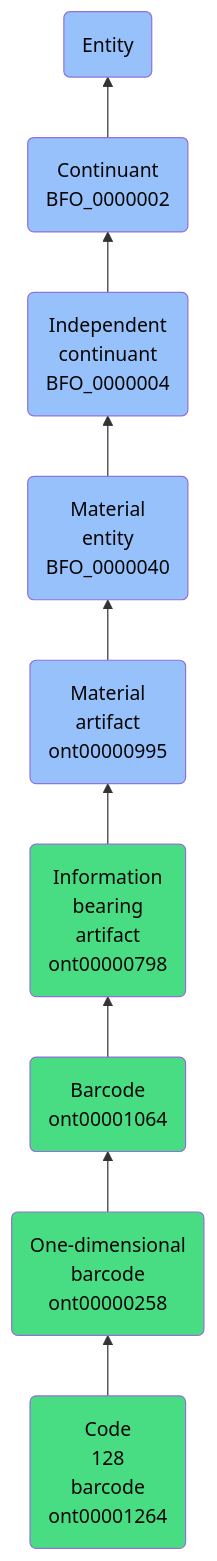
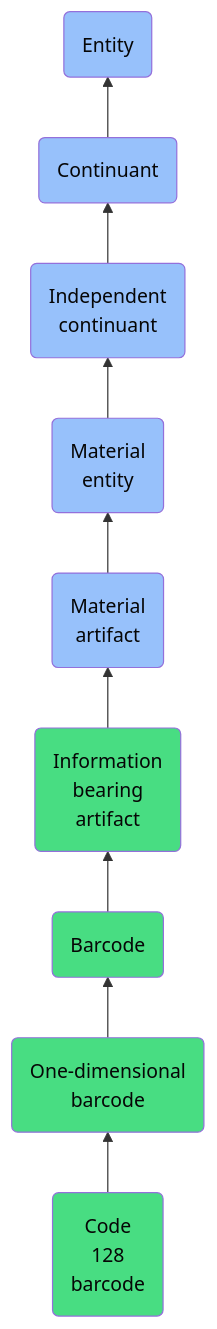
One commit to jupyter-naas/abi changed the diagram in docs/ontology/reference/model/Entity/Continuant/Independent continuant/Material entity/Material artifact/Information bearing artifact/Barcode/One-dimensional barcode/Code 128 barcode/Code 128 barcode.md. Above: the diagram before and after it, drawn with Mermaid. The commit also changed other lines of this file and 1430 other files, not shown here.

````diff
--- a/docs/ontology/reference/model/Entity/Continuant/Independent continuant/Material entity/Material artifact/Information bearing artifact/Barcode/One-dimensional barcode/Code 128 barcode/Code 128 barcode.md
+++ b/docs/ontology/reference/model/Entity/Continuant/Independent continuant/Material entity/Material artifact/Information bearing artifact/Barcode/One-dimensional barcode/Code 128 barcode/Code 128 barcode.md
@@ -24,16 +24,16 @@
 ```mermaid
 graph BT
-    ont00001264(Code<br>128<br>barcode<br>ont00001264):::ABI-->ont00000258
-    ont00000258(One-dimensional<br>barcode<br>ont00000258):::ABI-->ont00001064
-    ont00001064(Barcode<br>ont00001064):::ABI-->ont00000798
-    ont00000798(Information<br>bearing<br>artifact<br>ont00000798):::ABI-->ont00000995
-    ont00000995(Material<br>artifact<br>ont00000995):::BFO-->BFO_0000040
-    BFO_0000040(Material<br>entity<br>BFO_0000040):::BFO-->BFO_0000004
-    BFO_0000004(Independent<br>continuant<br>BFO_0000004):::BFO-->BFO_0000002
-    BFO_0000002(Continuant<br>BFO_0000002):::BFO-->BFO_0000001
+    ont00001264(Code<br>128<br>barcode):::ABI-->ont00000258
+    ont00000258(One-dimensional<br>barcode):::ABI-->ont00001064
+    ont00001064(Barcode):::ABI-->ont00000798
+    ont00000798(Information<br>bearing<br>artifact):::ABI-->ont00000995
+    ont00000995(Material<br>artifact):::BFO-->BFO_0000040
+    BFO_0000040(Material<br>entity):::BFO-->BFO_0000004
+    BFO_0000004(Independent<br>continuant):::BFO-->BFO_0000002
+    BFO_0000002(Continuant):::BFO-->BFO_0000001
     BFO_0000001(Entity):::BFO
     
     classDef BFO fill:#97c1fb,color:#060606
     classDef CCO fill:#e4c51e,color:#060606
     classDef ABI fill:#48DD82,color:#060606
 ```
````
